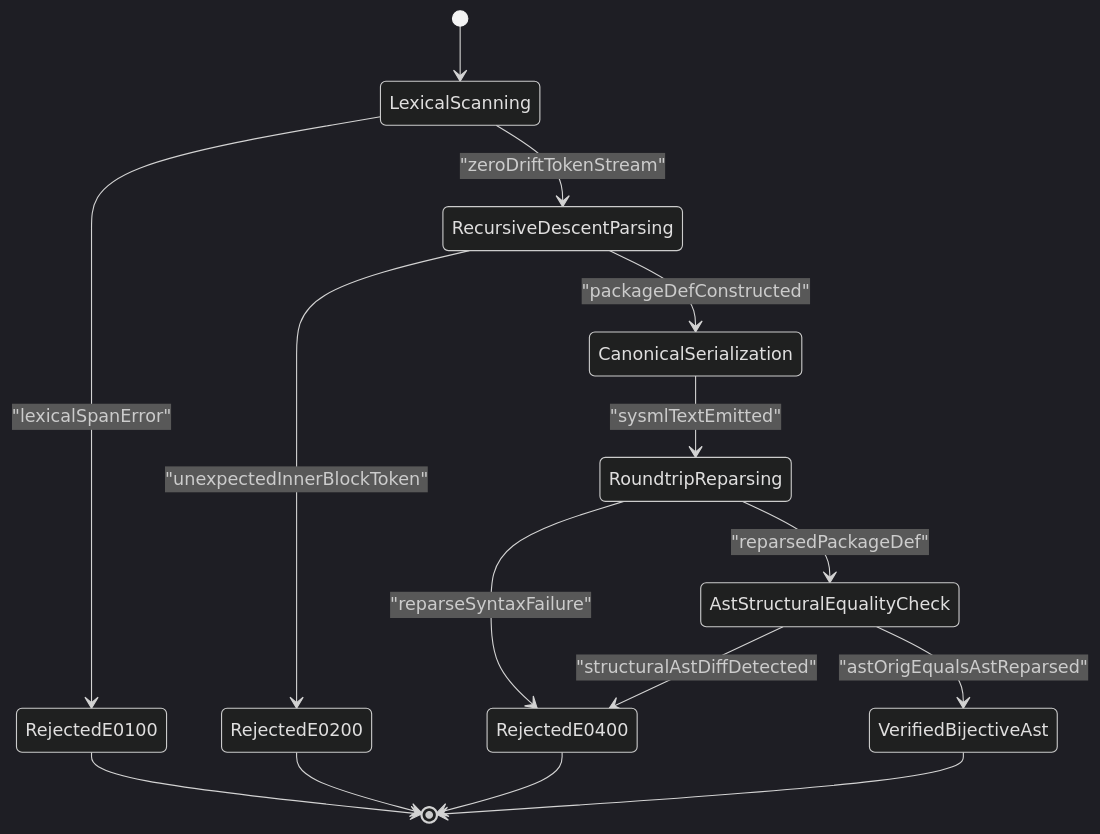
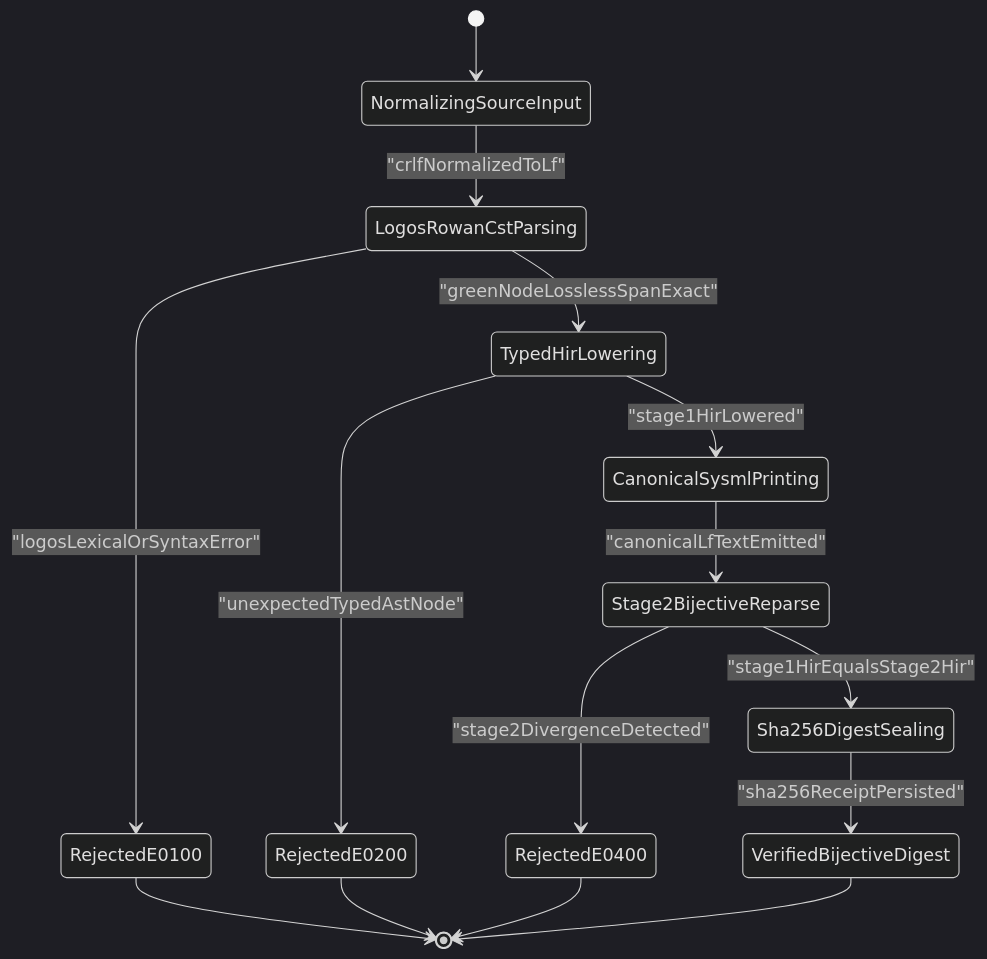
One commit to gintatkinson/DEAP01-spec-core changed the fourth of 4 diagrams in docs/designs/blueprint-03-sysml-ast-bijective-roundtrip-compiler-gate.md. Above: the diagram before and after it, drawn with Mermaid (dark theme). The commit also changed other lines of this file and 2 other files, not shown here.

Commit message:
docs(blueprints): refactor BP-03 onto logos, rowan SysML CST, and salsa queries

````diff
--- a/docs/designs/blueprint-03-sysml-ast-bijective-roundtrip-compiler-gate.md
+++ b/docs/designs/blueprint-03-sysml-ast-bijective-roundtrip-compiler-gate.md
@@ -197,17 +226,17 @@
 ```mermaid
 stateDiagram-v2
-    [*] --> LexicalScanning
-    LexicalScanning --> RecursiveDescentParsing : "zeroDriftTokenStream"
-    LexicalScanning --> RejectedE0100 : "lexicalSpanError"
-    RecursiveDescentParsing --> CanonicalSerialization : "packageDefConstructed"
-    RecursiveDescentParsing --> RejectedE0200 : "unexpectedInnerBlockToken"
-    CanonicalSerialization --> RoundtripReparsing : "sysmlTextEmitted"
-    RoundtripReparsing --> AstStructuralEqualityCheck : "reparsedPackageDef"
-    RoundtripReparsing --> RejectedE0400 : "reparseSyntaxFailure"
-    AstStructuralEqualityCheck --> VerifiedBijectiveAst : "astOrigEqualsAstReparsed"
-    AstStructuralEqualityCheck --> RejectedE0400 : "structuralAstDiffDetected"
+    [*] --> NormalizingSourceInput
+    NormalizingSourceInput --> LogosRowanCstParsing : "crlfNormalizedToLf"
+    LogosRowanCstParsing --> TypedHirLowering : "greenNodeLosslessSpanExact"
+    LogosRowanCstParsing --> RejectedE0100 : "logosLexicalOrSyntaxError"
+    TypedHirLowering --> CanonicalSysmlPrinting : "stage1HirLowered"
+    TypedHirLowering --> RejectedE0200 : "unexpectedTypedAstNode"
+    CanonicalSysmlPrinting --> Stage2BijectiveReparse : "canonicalLfTextEmitted"
+    Stage2BijectiveReparse --> Sha256DigestSealing : "stage1HirEqualsStage2Hir"
+    Stage2BijectiveReparse --> RejectedE0400 : "stage2DivergenceDetected"
+    Sha256DigestSealing --> VerifiedBijectiveDigest : "sha256ReceiptPersisted"
     RejectedE0100 --> [*]
     RejectedE0200 --> [*]
     RejectedE0400 --> [*]
-    VerifiedBijectiveAst --> [*]
+    VerifiedBijectiveDigest --> [*]
 ```
````
